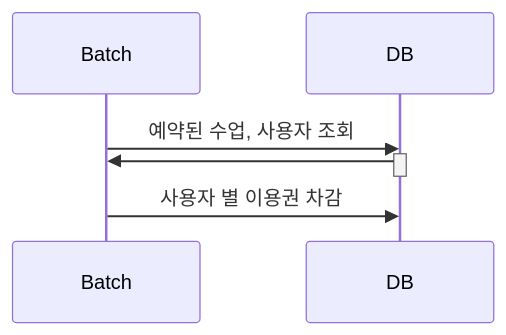
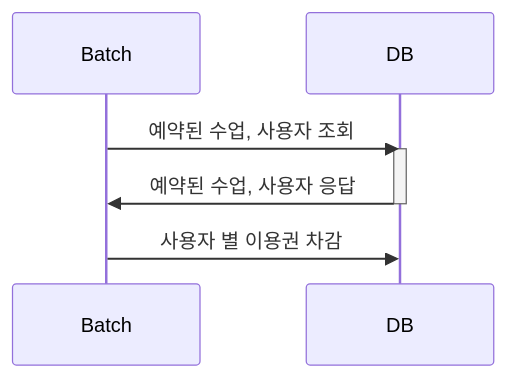
One commit to kjs92980/pass-batch changed the fourth of 4 diagrams in README.md. Above: the diagram before and after it, drawn with Mermaid. The commit also changed other lines of this file, not shown here.

````diff
--- a/README.md
+++ b/README.md
@@ -55,10 +55,10 @@
 ```mermaid
 sequenceDiagram
     participant Batch
     participant DB
     Batch->>DB: 예약된 수업, 사용자 조회
     activate DB
-    DB->>Batch:
+    DB->>Batch: 예약된 수업, 사용자 응답
     deactivate DB
     Batch->>DB: 사용자 별 이용권 차감
 ```
````
